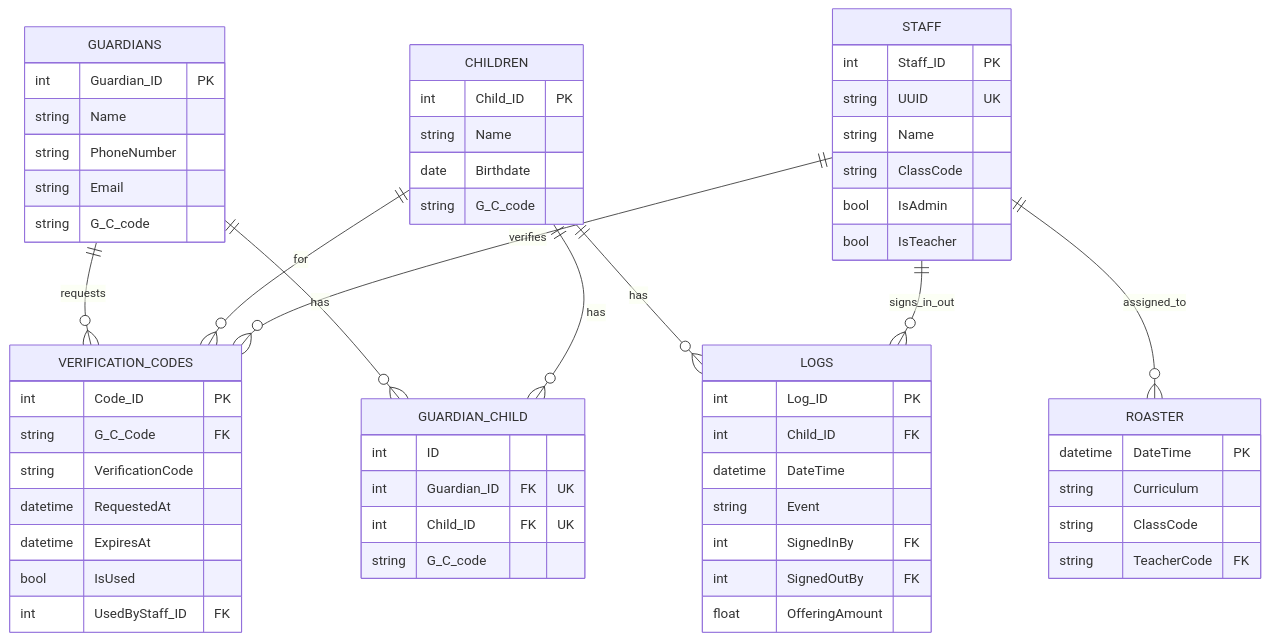
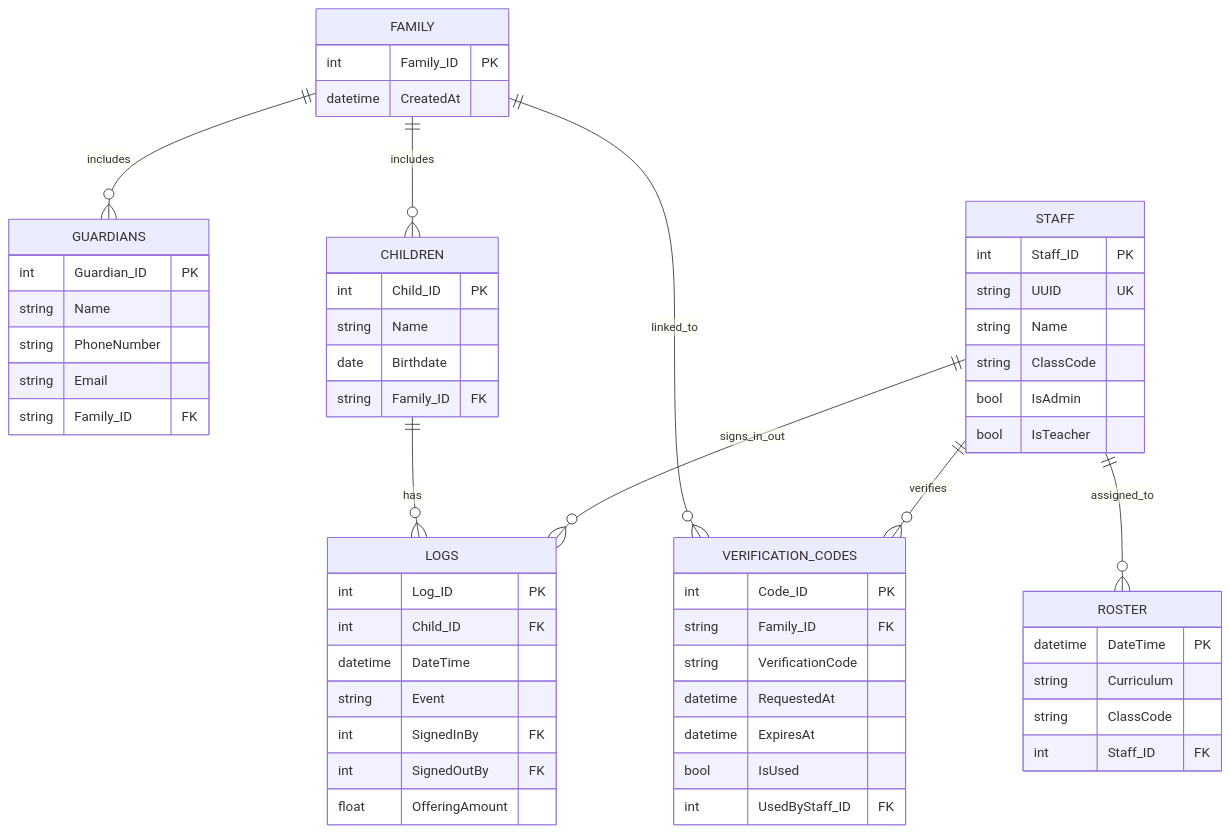
The second of 3 diagrams in Structure.md (Marsuvees/childrens-church-management-and-pickup-system), drawn with Mermaid before and after one commit. The commit also changed 3 other files, not shown here.

````diff
--- a/Structure.md
+++ b/Structure.md
@@ -31,73 +31,66 @@
 ```mermaid
 erDiagram
+    FAMILY {
+        int Family_ID PK
+        datetime CreatedAt
+    }
+
     GUARDIANS {
         int Guardian_ID PK
         string Name
         string PhoneNumber
         string Email
-        string G_C_code
+        string Family_ID FK
+    }
+
+    CHILDREN {
+        int Child_ID PK
+        string Name
+        date Birthdate
+        string Family_ID FK
     }
 
     STAFF {
         int Staff_ID PK
         string UUID UK
         string Name
         string ClassCode
         bool IsAdmin
         bool IsTeacher
-    }
-
-    CHILDREN {
-        int Child_ID PK
-        string Name
-        date Birthdate
-        string G_C_code
     }
 
     LOGS {
         int Log_ID PK
         int Child_ID FK
         datetime DateTime
         string Event
         int SignedInBy FK
         int SignedOutBy FK
         float OfferingAmount
     }
 
-    ROASTER {
+    ROSTER {
         datetime DateTime PK
         string Curriculum
         string ClassCode
-        string TeacherCode FK
-    }
-
-    GUARDIAN_CHILD {
-        int ID
-        int Guardian_ID FK "UK"
-        int Child_ID FK "UK"
-        string G_C_code
+        int Staff_ID FK
     }
 
     VERIFICATION_CODES {
         int Code_ID PK
-        string G_C_Code FK 
+        string Family_ID FK
         string VerificationCode
         datetime RequestedAt
         datetime ExpiresAt
         bool IsUsed
         int UsedByStaff_ID FK
     }
 
-    GUARDIANS ||--o{ VERIFICATION_CODES : requests
-    CHILDREN ||--o{ VERIFICATION_CODES : for
-    STAFF ||--o{ VERIFICATION_CODES : verifies
-
-    GUARDIANS ||--o{ GUARDIAN_CHILD: has
-    CHILDREN ||--o{ GUARDIAN_CHILD : has
-
+    FAMILY ||--o{ GUARDIANS : includes
+    FAMILY ||--o{ CHILDREN : includes
+    FAMILY ||--o{ VERIFICATION_CODES : linked_to
+    STAFF  ||--o{ VERIFICATION_CODES : verifies
     CHILDREN ||--o{ LOGS : has
     STAFF ||--o{ LOGS : signs_in_out
-
-    STAFF ||--o{ ROASTER : assigned_to
-
+    STAFF ||--o{ ROSTER : assigned_to
 ```
````
